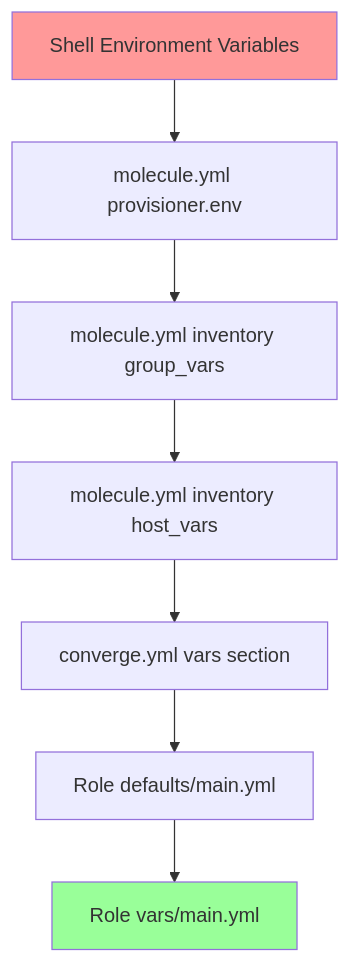
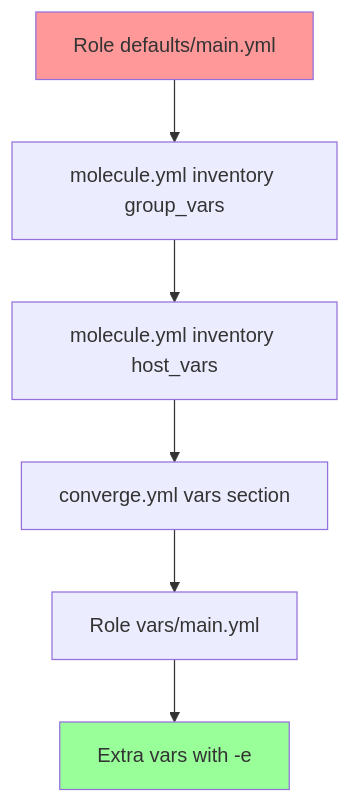
Before and after one commit to OneUptime/blog: the diagram in posts/2026-02-21-molecule-environment-variables/README.md, drawn with Mermaid. The commit also changed other lines of this file and 2 other files, not shown here.

Commit message:
validate: 2026-02-21-molecule-environment-variables

````diff
--- a/posts/2026-02-21-molecule-environment-variables/README.md
+++ b/posts/2026-02-21-molecule-environment-variables/README.md
@@ -205,11 +205,10 @@
 ```mermaid
 graph TD
-    A[Shell Environment Variables] --> B[molecule.yml provisioner.env]
-    B --> C[molecule.yml inventory group_vars]
-    C --> D[molecule.yml inventory host_vars]
-    D --> E[converge.yml vars section]
-    E --> F[Role defaults/main.yml]
-    F --> G[Role vars/main.yml]
+    A[Role defaults/main.yml] --> B[molecule.yml inventory group_vars]
+    B --> C[molecule.yml inventory host_vars]
+    C --> D[converge.yml vars section]
+    D --> E[Role vars/main.yml]
+    E --> F[Extra vars with -e]
     style A fill:#f99
-    style G fill:#9f9
+    style F fill:#9f9
 ```
````
